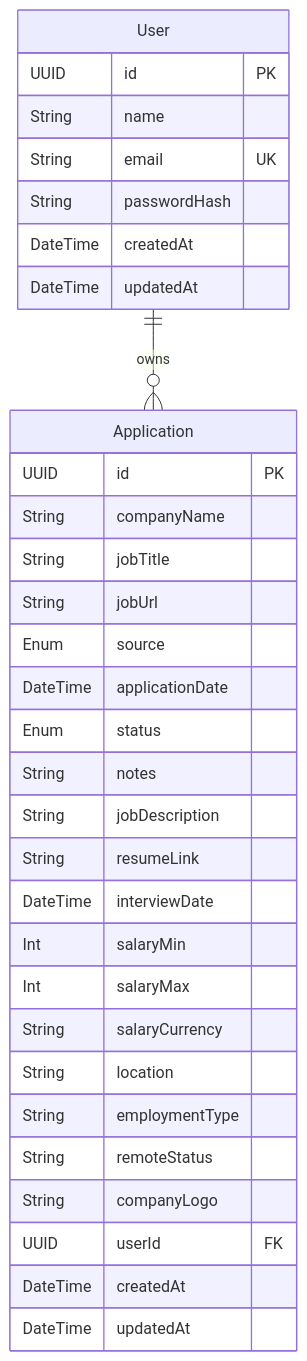
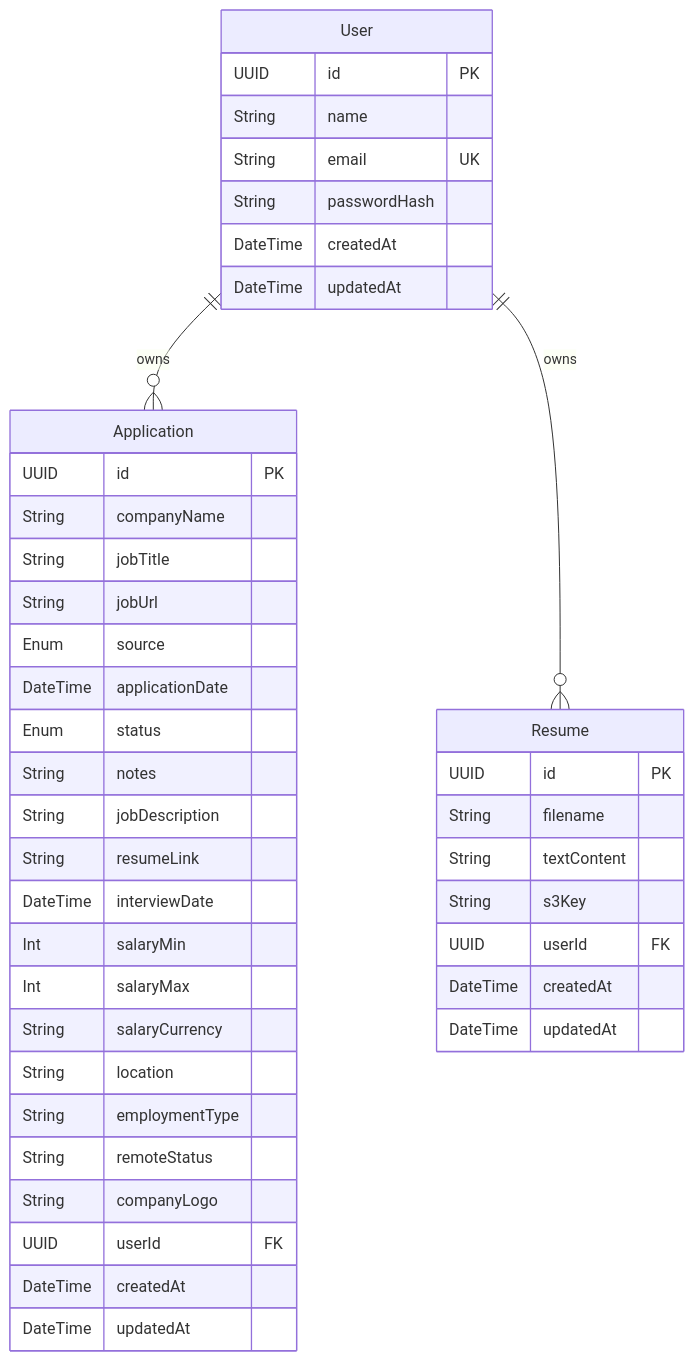
The fourth of 4 diagrams in README.md (mdadeel/Career-Tracker), drawn with Mermaid before and after one commit. The commit also changed other lines of this file, not shown here.

````diff
--- a/README.md
+++ b/README.md
@@ -464,36 +343,46 @@
 ```mermaid
 erDiagram
     User {
         UUID id PK
         String name
         String email UK
         String passwordHash
         DateTime createdAt
         DateTime updatedAt
     }
     Application {
         UUID id PK
         String companyName
         String jobTitle
         String jobUrl
         Enum source
         DateTime applicationDate
         Enum status
         String notes
         String jobDescription
         String resumeLink
         DateTime interviewDate
         Int salaryMin
         Int salaryMax
         String salaryCurrency
         String location
         String employmentType
         String remoteStatus
         String companyLogo
         UUID userId FK
         DateTime createdAt
         DateTime updatedAt
     }
+    Resume {
+        UUID id PK
+        String filename
+        String textContent
+        String s3Key
+        UUID userId FK
+        DateTime createdAt
+        DateTime updatedAt
+    }
 
     User ||--o{ Application : "owns"
+    User ||--o{ Resume : "owns"
 ```
````
